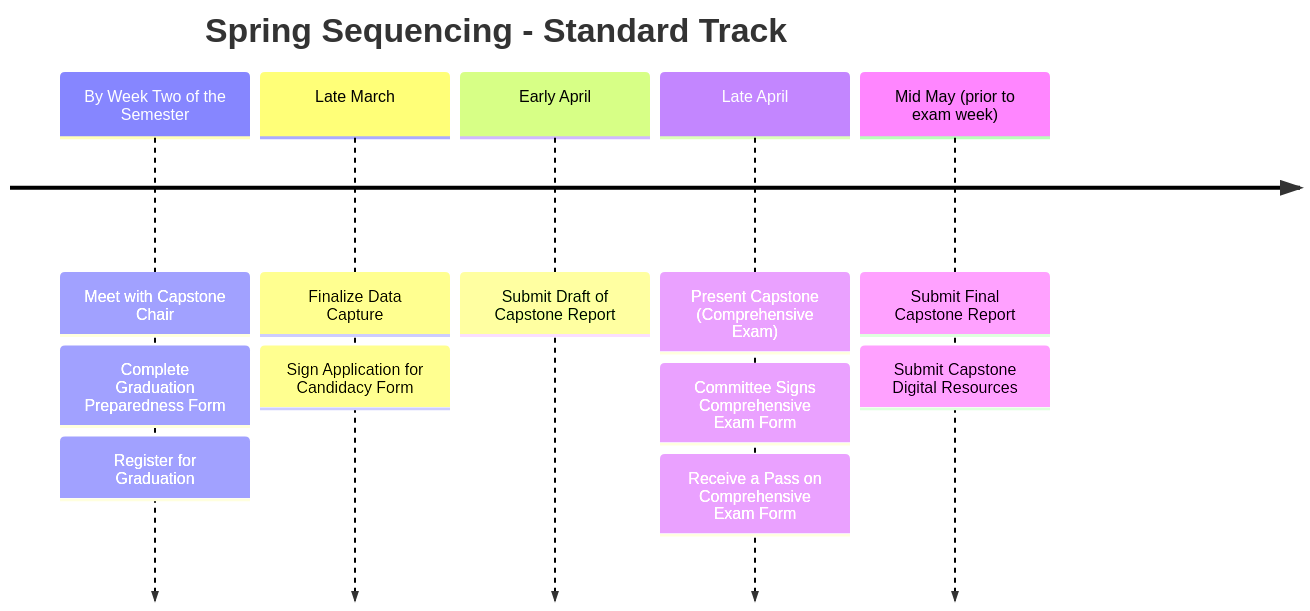
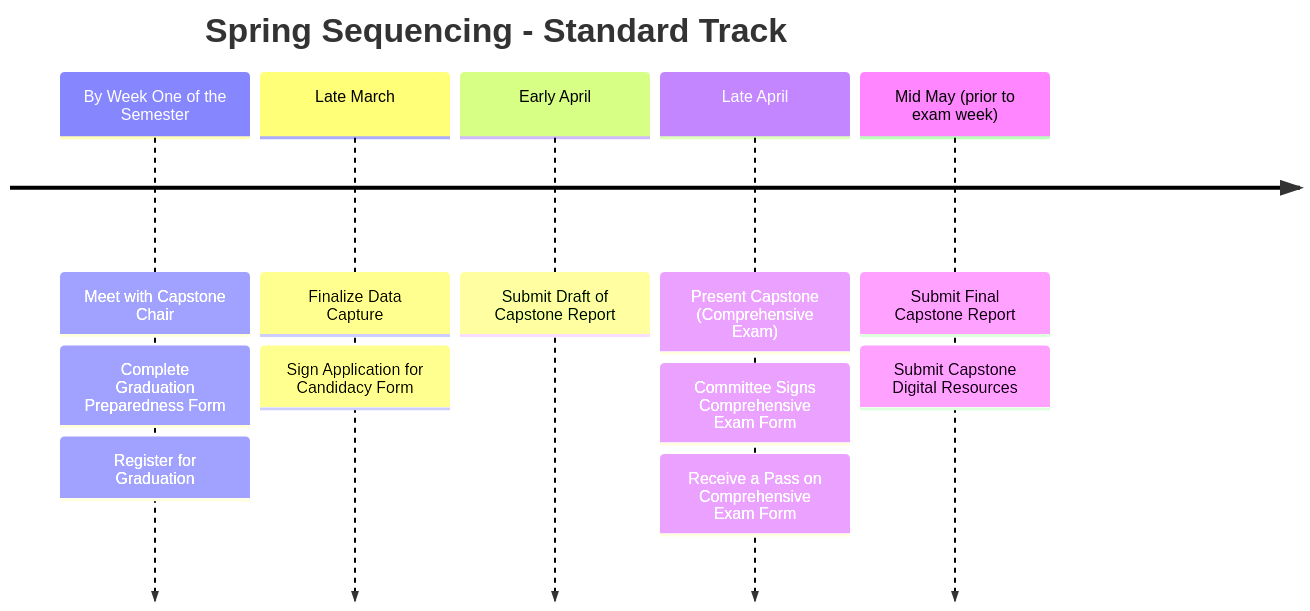
One commit to ModernHumanAnatomy/MHACapstone changed the diagram in docs/final-steps.md. Above: the diagram before and after it, drawn with Mermaid. The commit also changed other lines of this file and 2 other files, not shown here.

````diff
--- a/docs/final-steps.md
+++ b/docs/final-steps.md
@@ -7,15 +7,15 @@
 ```mermaid
 timeline
     title Spring Sequencing - Standard Track
-    By Week Two of the Semester: Meet with Capstone Chair
+    By Week One of the Semester: Meet with Capstone Chair
         : Complete Graduation Preparedness Form
         : Register for Graduation
     Late March: Finalize Data Capture
         : Sign Application for Candidacy Form
     Early April: Submit Draft of Capstone Report
     Late April: Present Capstone (Comprehensive Exam)
         : Committee Signs Comprehensive Exam Form
         : Receive a Pass on Comprehensive Exam Form
     Mid May (prior to exam week): Submit Final Capstone Report   
         : Submit Capstone Digital Resources  
 ```
````
